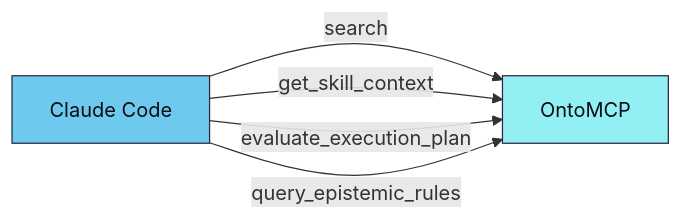
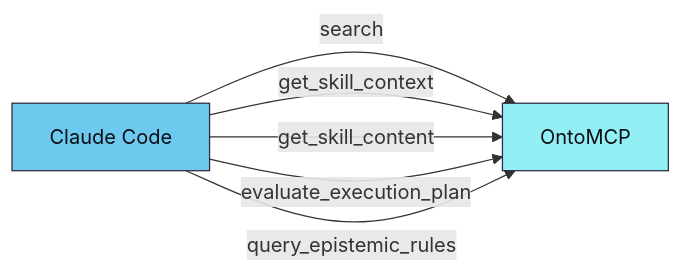
One commit to mareasoftware/ontoclaw changed the third of 3 diagrams in mcp/README_zh.md. Above: the diagram before and after it, drawn with Mermaid. The commit also changed other lines of this file and 48 other files, not shown here.

First line of the commit message:
feat: content extraction pipeline, get_skill_content MCP tool & site docs

````diff
--- a/mcp/README_zh.md
+++ b/mcp/README_zh.md
@@ -239,10 +243,11 @@
 ```mermaid
 flowchart LR
     CLAUDE["Claude Code"] -->|"search"| TOOLS["OntoMCP"]
     CLAUDE -->|"get_skill_context"| TOOLS
+    CLAUDE -->|"get_skill_content"| TOOLS
     CLAUDE -->|"evaluate_execution_plan"| TOOLS
     CLAUDE -->|"query_epistemic_rules"| TOOLS
 
     style CLAUDE fill:#6dc9ee,stroke:#2a2a3e,color:#0d0d14
     style TOOLS fill:#92eff4,stroke:#2a2a3e,color:#0d0d14
 ```
````
